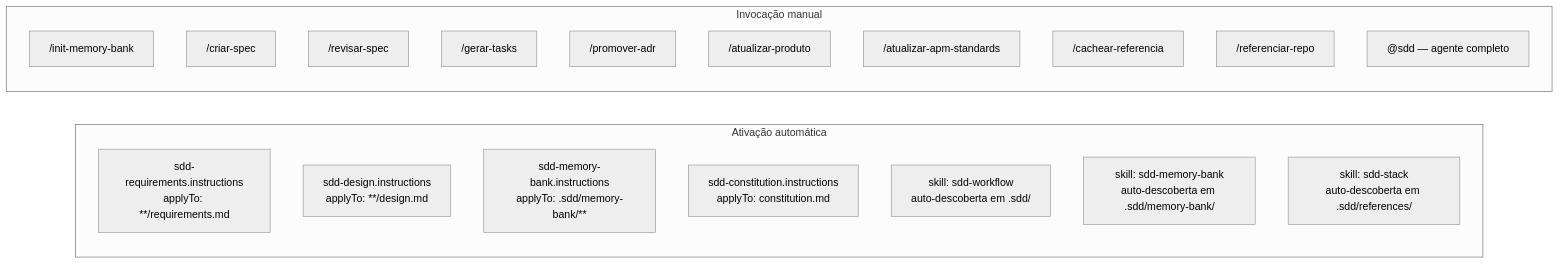
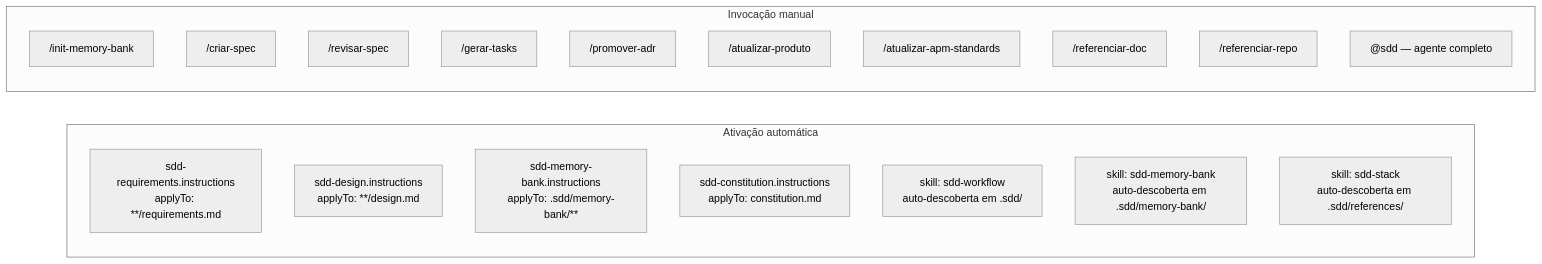
Before and after one commit to heandroro/sdd-framework: the third of 3 diagrams in SDD-FLOW.md, drawn with Mermaid (neutral theme). The commit also changed other lines of this file and 1 other file, not shown here.

Commit message:
refactor(apm): renomear cachear-referencia para referenciar-doc
Alinha com a semântica correta: o comando registra documentação como
referência de projeto, não faz 'cache'.

- .apm/prompts/cachear-referencia.prompt.md → referenciar-doc.prompt.md
- SDD-FLOW.md: /cachear-referencia → /referenciar-doc na tabela e no diagrama

````diff
--- a/SDD-FLOW.md
+++ b/SDD-FLOW.md
@@ -161,25 +161,25 @@
 ```mermaid
 flowchart LR
     subgraph AUTO["Ativação automática"]
         I1["sdd-requirements.instructions<br/>applyTo: **/requirements.md"]
         I2["sdd-design.instructions<br/>applyTo: **/design.md"]
         I3["sdd-memory-bank.instructions<br/>applyTo: .sdd/memory-bank/**"]
         I4["sdd-constitution.instructions<br/>applyTo: constitution.md"]
         SK1["skill: sdd-workflow<br/>auto-descoberta em .sdd/"]
         SK2["skill: sdd-memory-bank<br/>auto-descoberta em .sdd/memory-bank/"]
         SK3["skill: sdd-stack<br/>auto-descoberta em .sdd/references/"]
     end
 
     subgraph MANUAL["Invocação manual"]
         P0["/init-memory-bank"]
         P1["/criar-spec"]
         P2["/revisar-spec"]
         P3["/gerar-tasks"]
         P4["/promover-adr"]
         P5["/atualizar-produto"]
         P6["/atualizar-apm-standards"]
-        P7["/cachear-referencia"]
+        P7["/referenciar-doc"]
         P8["/referenciar-repo"]
         AG["@sdd — agente completo"]
     end
 ```
````
